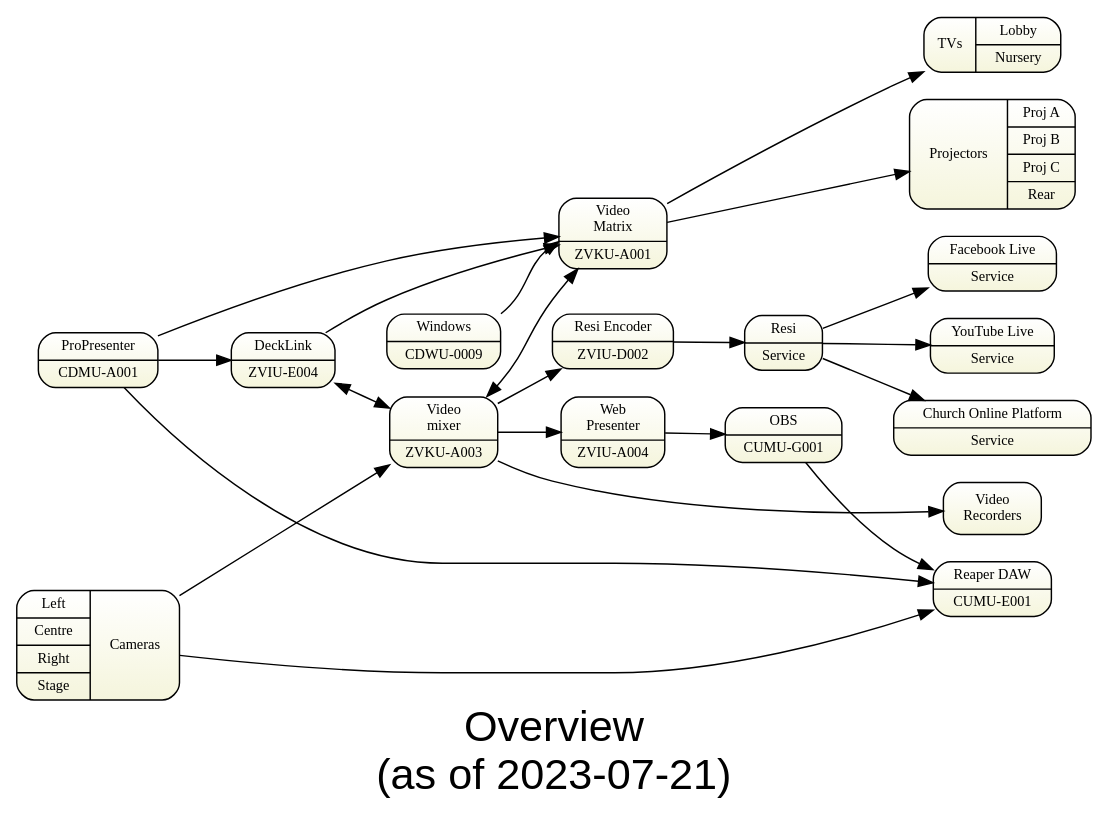
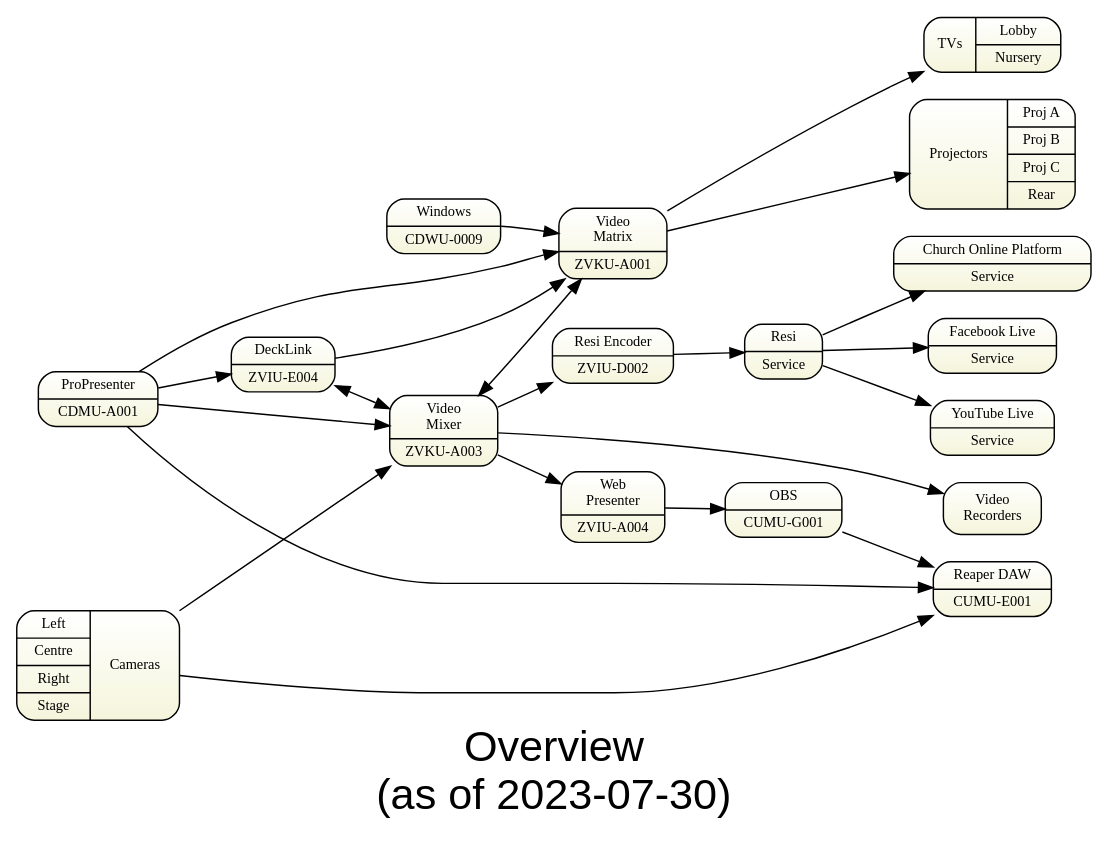
One commit to avmaint/uactechdoc changed the diagram in sdv-topology0-overview.gv. Above: the diagram before and after it, drawn with Graphviz. The commit also changed 1 other file, not shown here.

```diff
--- a/sdv-topology0-overview.gv
+++ b/sdv-topology0-overview.gv
@@ -1,61 +1,62 @@
 digraph topology0 { 
 graph [overlap = true, fontsize = 30, rankdir=LR 
-      label="Overview\n(as of 2023-07-21)",
+      label="Overview\n(as of 2023-07-30)",
       fontname = Helvetica]
 
 node [shape=Mrecord, tooltip="" , fontsize = 10, 
       fillcolor="white:beige" , style=filled  
       gradientangle=270]
       
 zvkua001 [label="Video\nMatrix|ZVKU-A001"]
-zvkua003 [label="Video\nmixer|ZVKU-A003"]
+zvkua003 [label="Video\nMixer|ZVKU-A003"]
     
 cdmua001 [label="ProPresenter|CDMU-A001"]
 cumug001 [label="OBS|CUMU-G001"]
 cdwu0009 [label="Windows|CDWU-0009"]
 
 wp [label="Web\nPresenter|ZVIU-A004"] 
 
+cdmua001 -> zvkua003
 zviud002    [label="Resi Encoder|ZVIU-D002"]
 resi        [label="Resi|Service"]
 facebook    [label="Facebook Live|Service"]
 youtube     [label="YouTube Live|Service"]
 chop        [label="Church Online Platform|Service"]
 recorders   [label="Video\nRecorders"]
 zviue004    [label="DeckLink|ZVIU-E004"]
 tvs         [label="{TVs|{Lobby|Nursery}}"]
 cameras     [label="{{Left|Centre|Right|Stage}|Cameras}"]
 cumue001	[label="Reaper DAW|CUMU-E001"]
 
 projectors  [label="{Projectors|{Proj A | Proj B | Proj C | Rear}}"]
 
 cdmua001 -> zviue004
 zviue004 -> zvkua001
 
 zvkua001 -> tvs
 
 zvkua003 -> zviud002
 zviud002 -> resi
 resi     -> facebook
 resi     -> youtube
 resi     -> chop 
  
 cdmua001       -> zvkua001:i4  
 cdwu0009:hdmi  -> zvkua001:i5
 zvkua003       -> zvkua001 [dir=both]
 
 zviue004 -> zvkua003 [dir=both]
 
 wp -> cumug001  
 cumug001 -> cumue001
 cdmua001 -> cumue001
 cameras  -> cumue001 
 
 cameras -> zvkua003
 zvkua003 -> wp
 zvkua001 -> projectors
 zvkua003 -> recorders
 
 {rank=same; facebook youtube chop projectors recorders tvs}
 {rank=same; cameras cdmua001       }
 } 
```
